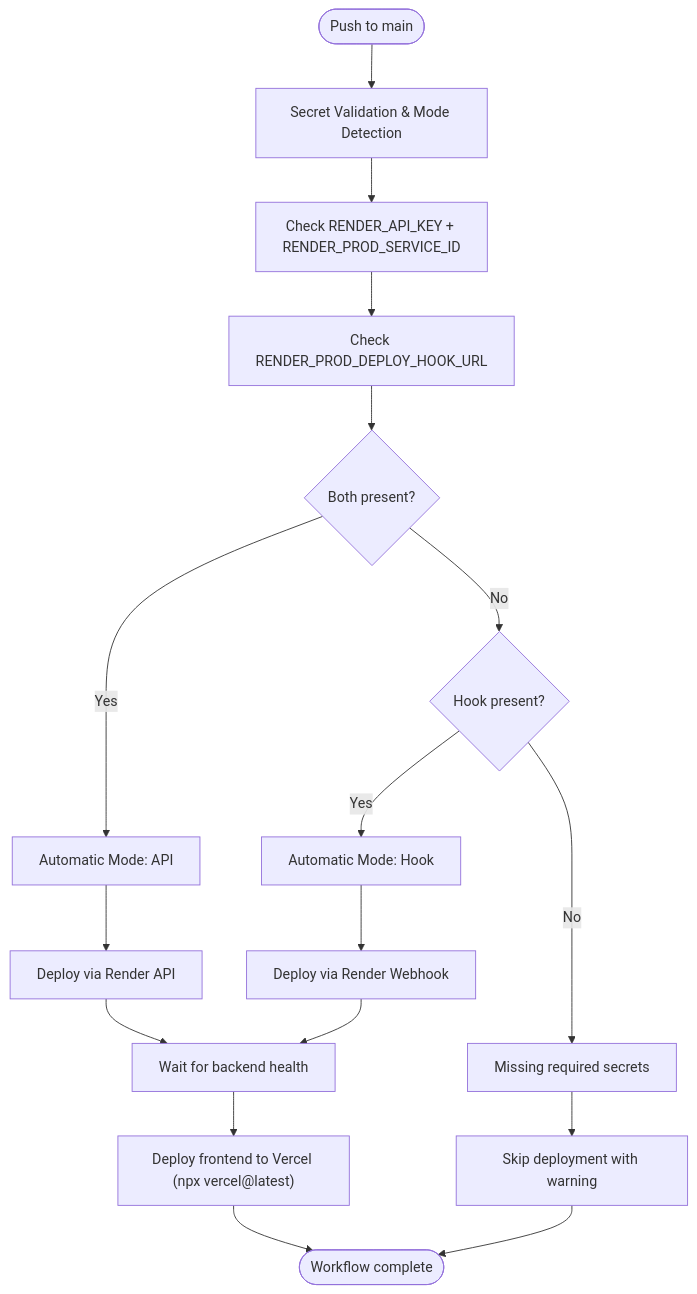
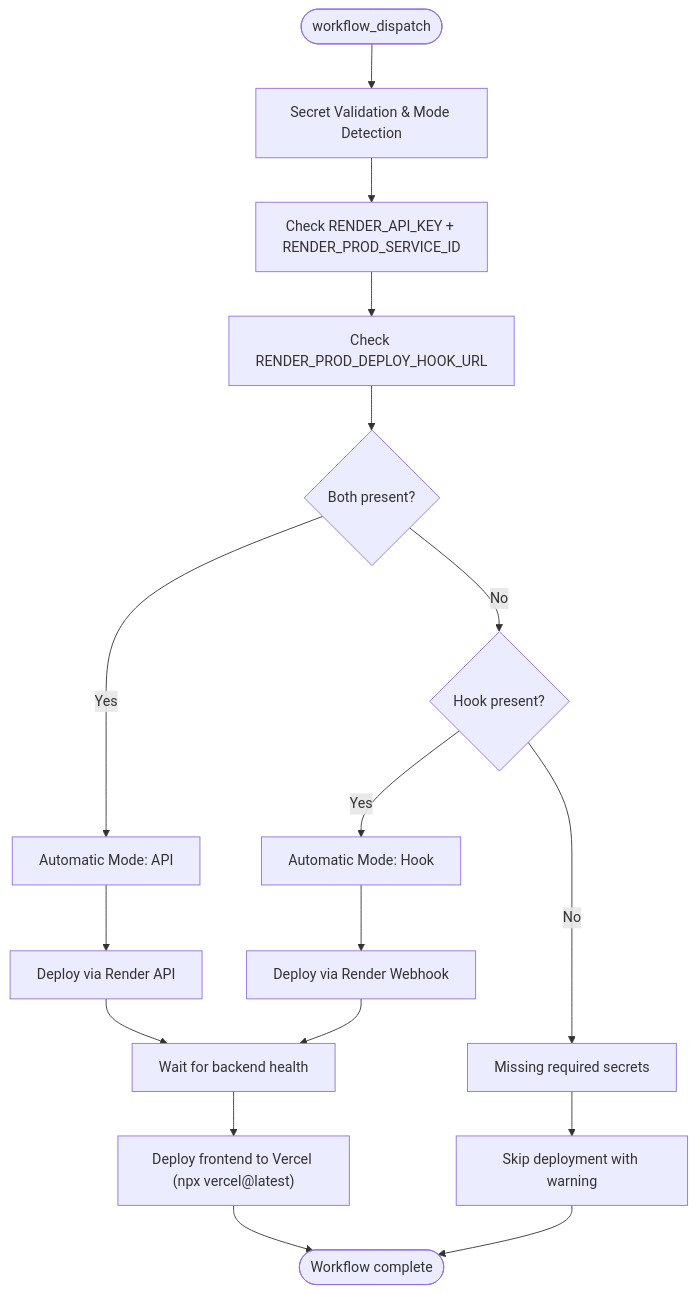
One commit to rohitkumarnaidu/-Auto-AI-Automated-Academic-Docx-Manuscript-Formatter changed the seventh of 9 diagrams in .qoder/repowiki/en/content/Deployment & Operations/CI_CD Pipeline.md. Above: the diagram before and after it, drawn with Mermaid. The commit also changed other lines of this file and 6 other files, not shown here.

````diff
--- a/.qoder/repowiki/en/content/Deployment & Operations/CI_CD Pipeline.md
+++ b/.qoder/repowiki/en/content/Deployment & Operations/CI_CD Pipeline.md
@@ -260,19 +361,19 @@
 ```mermaid
 flowchart TD
-Start(["Push to main"]) --> Preflight["Secret Validation & Mode Detection"]
+Start(["workflow_dispatch"]) --> Preflight["Secret Validation & Mode Detection"]
 Preflight --> CheckAPI["Check RENDER_API_KEY + RENDER_PROD_SERVICE_ID"]
 CheckAPI --> CheckHook["Check RENDER_PROD_DEPLOY_HOOK_URL"]
 CheckHook --> ModeAPI{"Both present?"}
 ModeAPI --> |Yes| ModeDetect["Automatic Mode: API"]
 ModeAPI --> |No| ModeHook{"Hook present?"}
 ModeHook --> |Yes| ModeDetectHook["Automatic Mode: Hook"]
 ModeHook --> |No| ModeError["Missing required secrets"]
 ModeDetect --> DeployAPI["Deploy via Render API"]
 ModeDetectHook --> DeployHook["Deploy via Render Webhook"]
 ModeError --> SkipDeploy["Skip deployment with warning"]
 DeployAPI --> HealthCheck["Wait for backend health"]
 DeployHook --> HealthCheck
 HealthCheck --> VercelDeploy["Deploy frontend to Vercel (npx vercel@latest)"]
 SkipDeploy --> End(["Workflow complete"])
 VercelDeploy --> End
 ```
````
